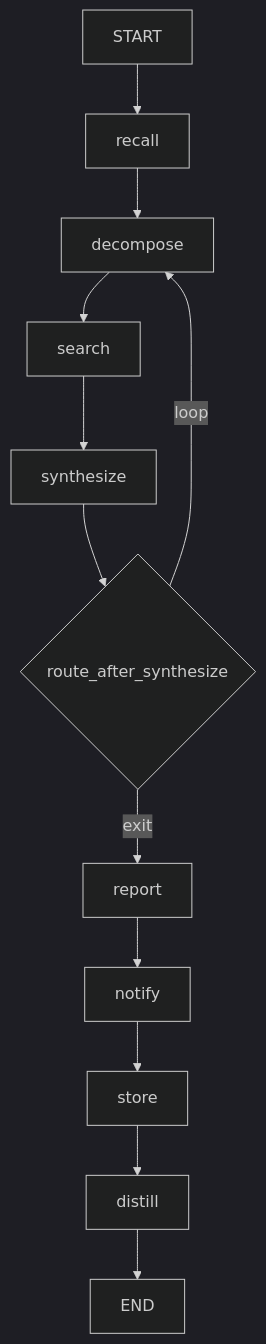
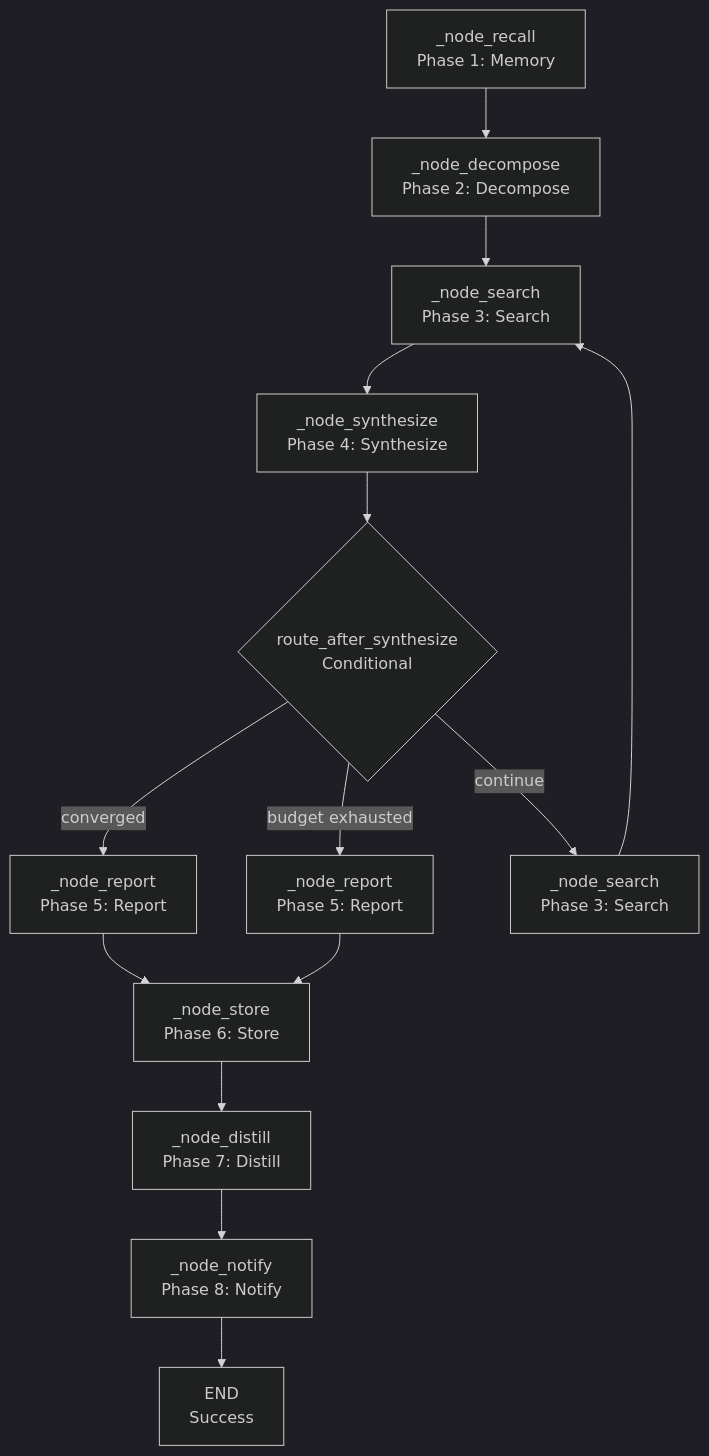
One commit to brunogcar/agent changed the diagram in docs/workflows/DEEP_RESEARCH.md. Above: the diagram before and after it, drawn with Mermaid (dark theme). The commit also changed other lines of this file and 6 other files, not shown here.

````diff
--- a/docs/workflows/DEEP_RESEARCH.md
+++ b/docs/workflows/DEEP_RESEARCH.md
@@ -71,14 +63,16 @@
 ```mermaid
 graph TD
- A["START"] --> B["recall"]
- B --> C["decompose"]
- C --> D["search"]
- D --> E["synthesize"]
- E --> F{"route_after_synthesize"}
- F -->|loop| C
- F -->|exit| G["report"]
- G --> H["notify"]
- H --> I["store"]
- I --> J["distill"]
- J --> K["END"]
+    A["_node_recall<br/>Phase 1: Memory"] --> B["_node_decompose<br/>Phase 2: Decompose"]
+    B --> C["_node_search<br/>Phase 3: Search"]
+    C --> D["_node_synthesize<br/>Phase 4: Synthesize"]
+    D --> E{"route_after_synthesize<br/>Conditional"}
+    E -->|converged| F["_node_report<br/>Phase 5: Report"]
+    E -->|budget exhausted| G["_node_report<br/>Phase 5: Report"]
+    E -->|continue| H["_node_search<br/>Phase 3: Search"]
+    F --> I["_node_store<br/>Phase 6: Store"]
+    I --> J["_node_distill<br/>Phase 7: Distill"]
+    J --> K["_node_notify<br/>Phase 8: Notify"]
+    K --> L["END<br/>Success"]
+    G --> I
+    H --> C
 ```
````
